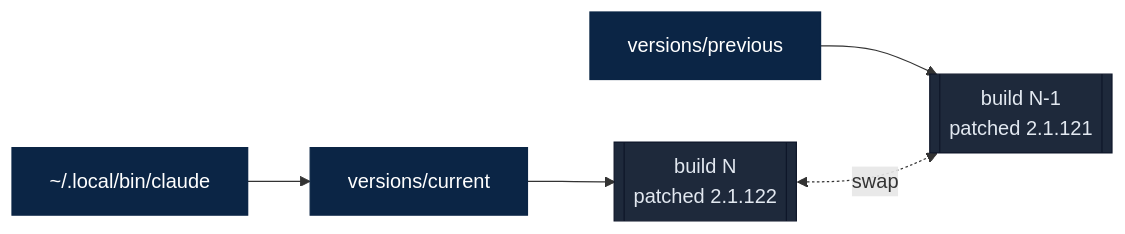
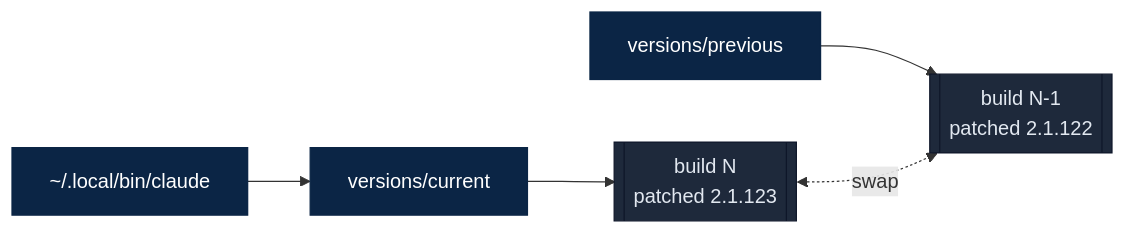
One commit to camjac251/cc-enhanced changed the second of 3 diagrams in README.md. Above: the diagram before and after it, drawn with Mermaid. The commit also changed other lines of this file, not shown here.

````diff
--- a/README.md
+++ b/README.md
@@ -70,13 +70,13 @@
 ```mermaid
 flowchart LR
     Launcher["~/.local/bin/claude"] --> Current["versions/current"]
     Previous["versions/previous"]
-    Current --> NewBuild[["build N<br/>patched 2.1.122"]]
-    Previous --> OldBuild[["build N-1<br/>patched 2.1.121"]]
+    Current --> NewBuild[["build N<br/>patched 2.1.123"]]
+    Previous --> OldBuild[["build N-1<br/>patched 2.1.122"]]
     NewBuild <-. swap .-> OldBuild
 
     classDef sym fill:#0b2545,stroke:#0b2545,color:#fff
     classDef build fill:#1e293b,stroke:#0f172a,color:#e2e8f0
     class Launcher,Current,Previous sym
     class NewBuild,OldBuild build
 ```
````
